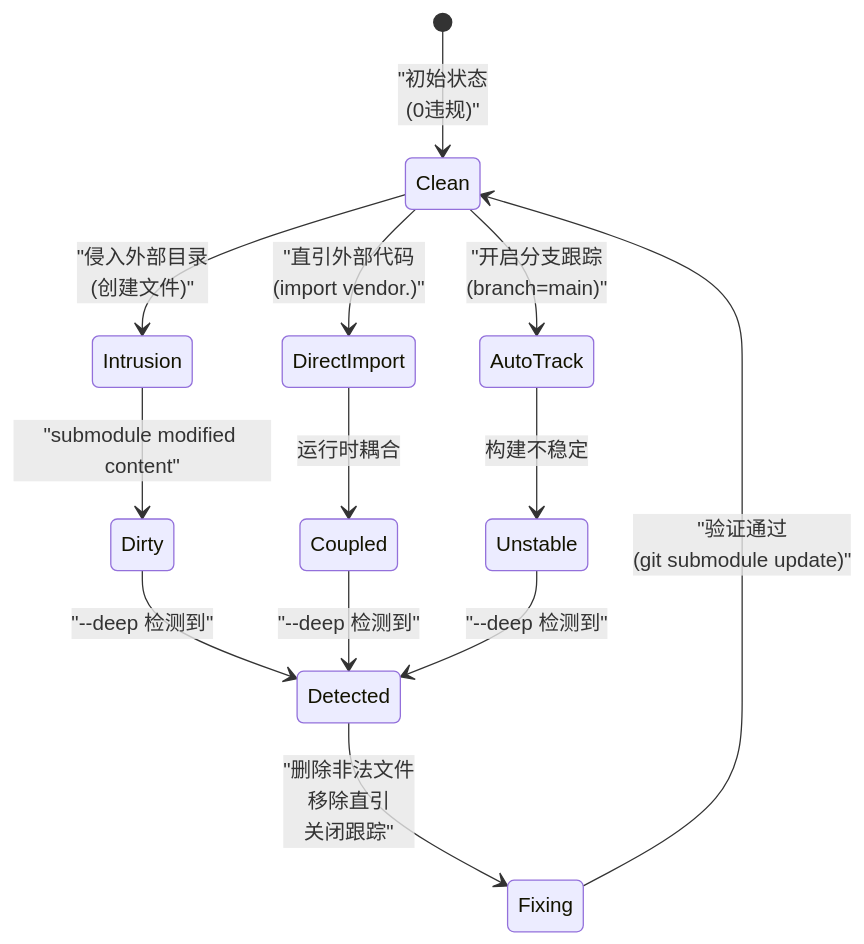
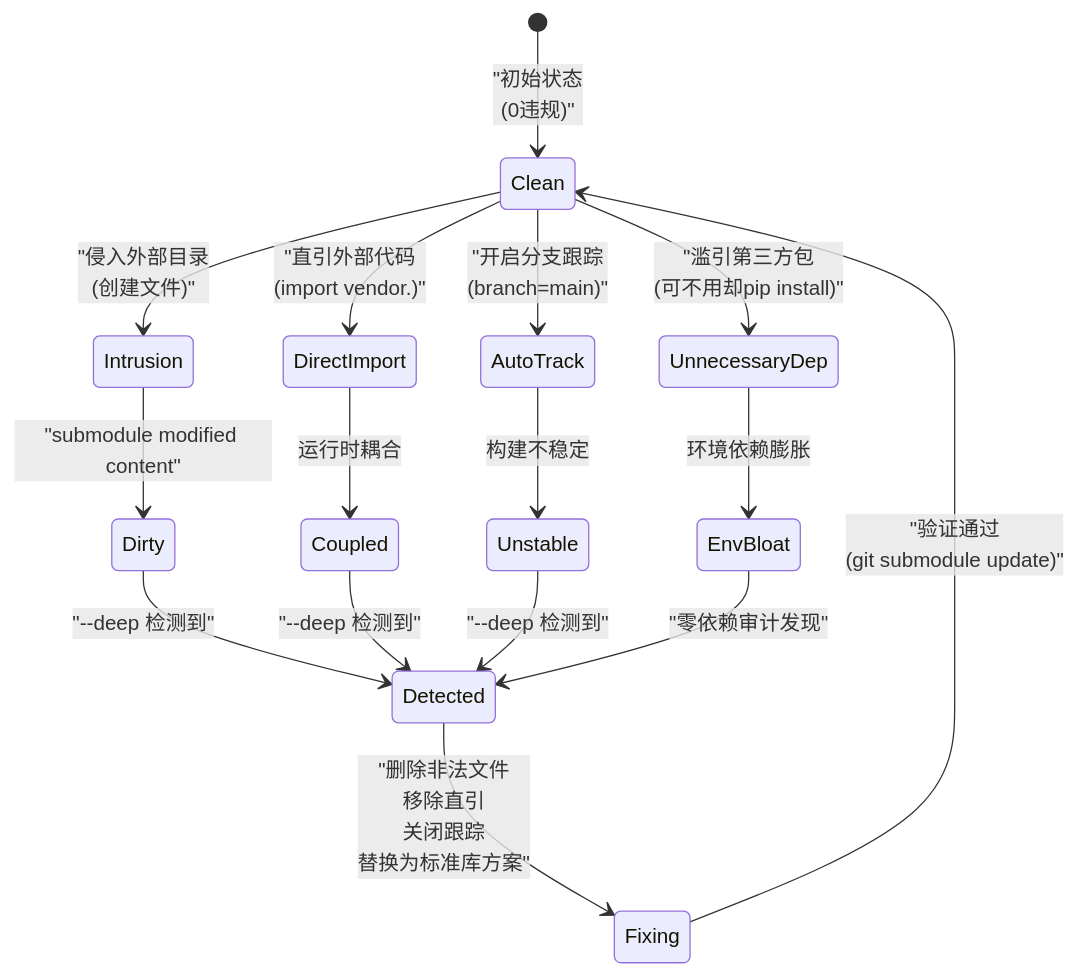
The fourth of 4 diagrams in docs/retrospective/patterns/methodology-patterns/governance-strategy/four-negatives-external-dependency.md (xinetzone/SpecWeave), drawn with Mermaid before and after one commit. The commit also changed other lines of this file and 16 other files, not shown here.

````diff
--- a/docs/retrospective/patterns/methodology-patterns/governance-strategy/four-negatives-external-dependency.md
+++ b/docs/retrospective/patterns/methodology-patterns/governance-strategy/four-negatives-external-dependency.md
@@ -137,15 +185,18 @@
 ```mermaid
 stateDiagram-v2
     [*] --> Clean: "初始状态<br/>(0违规)"
     Clean --> Intrusion: "侵入外部目录<br/>(创建文件)"
     Clean --> DirectImport: "直引外部代码<br/>(import vendor.)"
     Clean --> AutoTrack: "开启分支跟踪<br/>(branch=main)"
+    Clean --> UnnecessaryDep: "滥引第三方包<br/>(可不用却pip install)"
     Intrusion --> Dirty: "submodule modified content"
     DirectImport --> Coupled: 运行时耦合
     AutoTrack --> Unstable: 构建不稳定
+    UnnecessaryDep --> EnvBloat: 环境依赖膨胀
     Dirty --> Detected: "--deep 检测到"
     Coupled --> Detected: "--deep 检测到"
     Unstable --> Detected: "--deep 检测到"
-    Detected --> Fixing: "删除非法文件<br/>移除直引<br/>关闭跟踪"
+    EnvBloat --> Detected: "零依赖审计发现"
+    Detected --> Fixing: "删除非法文件<br/>移除直引<br/>关闭跟踪<br/>替换为标准库方案"
     Fixing --> Clean: "验证通过<br/>(git submodule update)"
 ```
````
